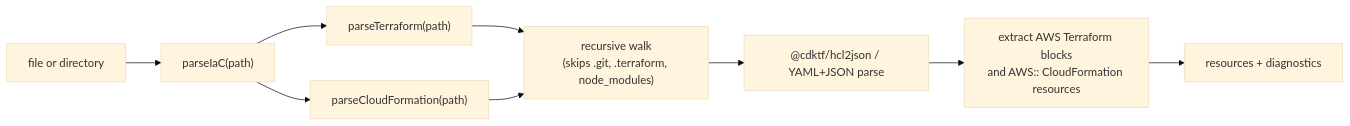
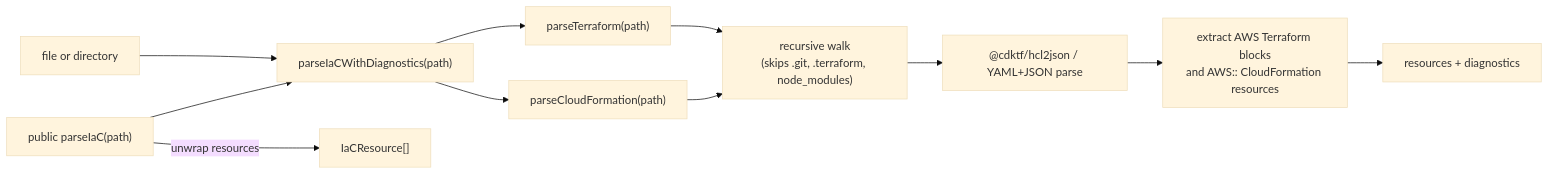
One commit to towardsthecloud/cloudburn changed the third of 3 diagrams in docs/architecture/sdk.md. Above: the diagram before and after it, drawn with Mermaid (base theme). The commit also changed other lines of this file and 4 other files, not shown here.

````diff
--- a/docs/architecture/sdk.md
+++ b/docs/architecture/sdk.md
@@ -96,11 +96,13 @@
 ```mermaid
 graph LR
-  Path["file or directory"] --> PI["parseIaC(path)"]
+  Path["file or directory"] --> PI["parseIaCWithDiagnostics(path)"]
   PI --> TF["parseTerraform(path)"]
   PI --> CFN["parseCloudFormation(path)"]
   TF --> Walk["recursive walk\n(skips .git, .terraform, node_modules)"]
   CFN --> Walk
   Walk --> HCL["@cdktf/hcl2json / YAML+JSON parse"]
   HCL --> Extract["extract AWS Terraform blocks\nand AWS:: CloudFormation resources"]
   Extract --> IaC["resources + diagnostics"]
+  Public["public parseIaC(path)"] --> PI
+  Public -->|"unwrap resources"| PublicResult["IaCResource[]"]
 ```
````
